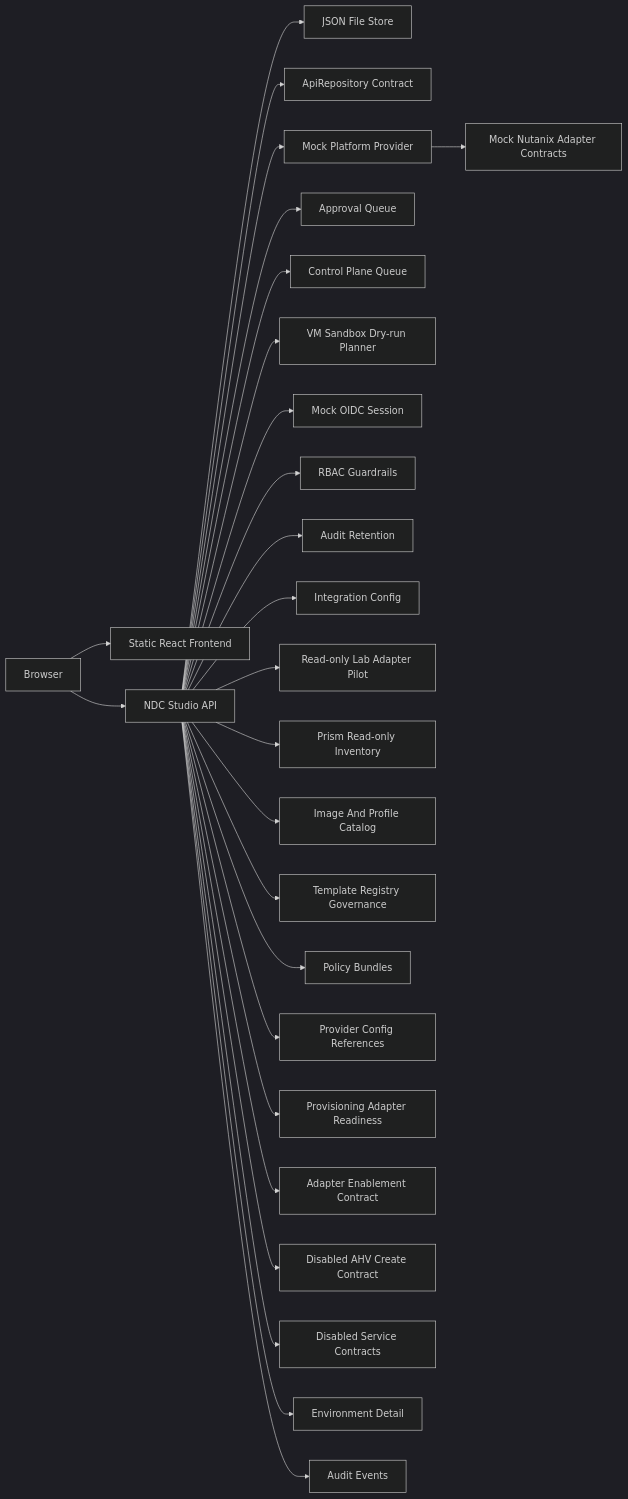
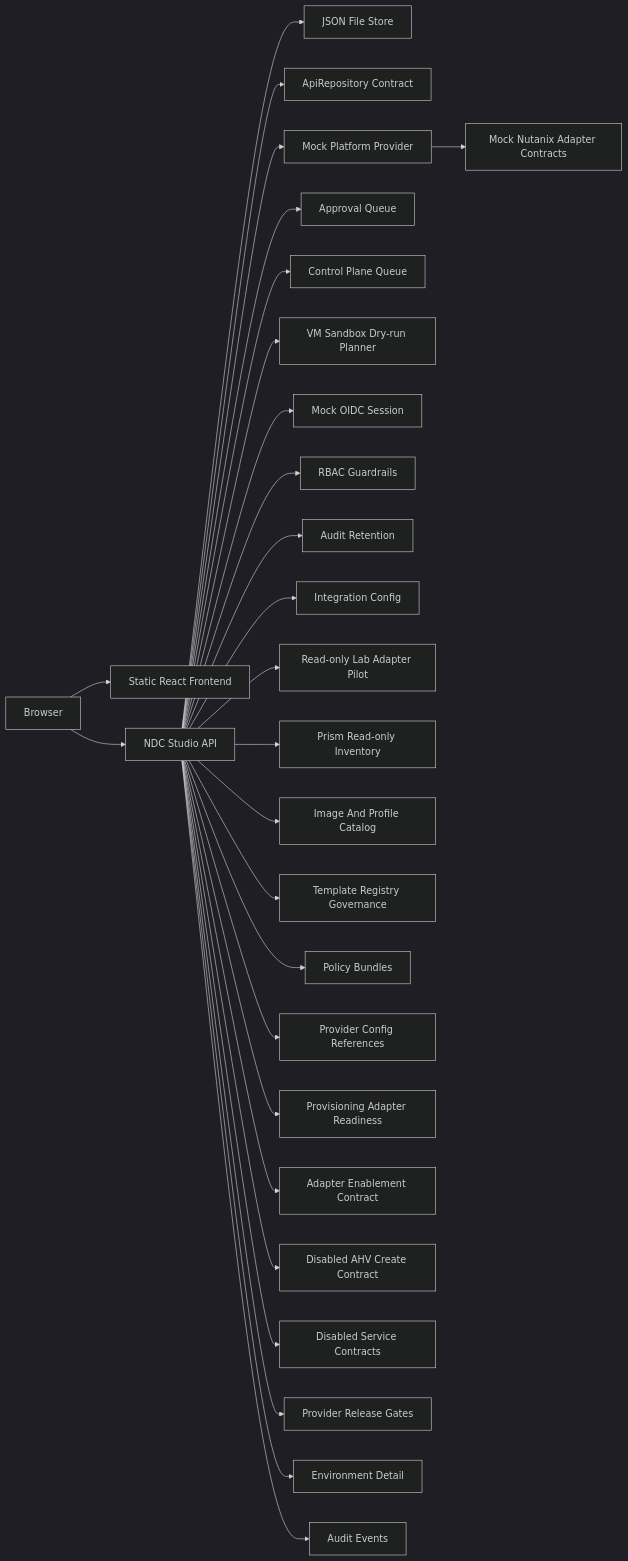
The second of 2 diagrams in docs/architecture.md (VirtuArchitect/nutanix-developer-cloud-studio), drawn with Mermaid (dark theme) before and after one commit. The commit also changed other lines of this file and 21 other files, not shown here.

Commit message:
Add v2.9 provider release gate evidence

````diff
--- a/docs/architecture.md
+++ b/docs/architecture.md
@@ -21,28 +21,29 @@
 ```mermaid
 flowchart LR
     Browser["Browser"] --> Web["Static React Frontend"]
     Browser --> Api["NDC Studio API"]
     Api --> Store["JSON File Store"]
     Api --> Repo["ApiRepository Contract"]
     Api --> Provider["Mock Platform Provider"]
     Provider --> Adapters["Mock Nutanix Adapter Contracts"]
     Api --> Approvals["Approval Queue"]
     Api --> Queue["Control Plane Queue"]
     Api --> VmDryRun["VM Sandbox Dry-run Planner"]
     Api --> Identity["Mock OIDC Session"]
     Api --> Rbac["RBAC Guardrails"]
     Api --> AuditRetention["Audit Retention"]
     Api --> Config["Integration Config"]
     Api --> LabAdapters["Read-only Lab Adapter Pilot"]
     Api --> PrismInventory["Prism Read-only Inventory"]
     Api --> Inventory["Image And Profile Catalog"]
     Api --> Registry["Template Registry Governance"]
     Api --> Bundles["Policy Bundles"]
     Api --> ProviderConfig["Provider Config References"]
     Api --> AdapterReadiness["Provisioning Adapter Readiness"]
     Api --> AdapterEnablement["Adapter Enablement Contract"]
     Api --> AhvCreateContract["Disabled AHV Create Contract"]
     Api --> ServiceContracts["Disabled Service Contracts"]
+    Api --> ProviderRelease["Provider Release Gates"]
     Api --> Details["Environment Detail"]
     Api --> Audit["Audit Events"]
 ```
````
